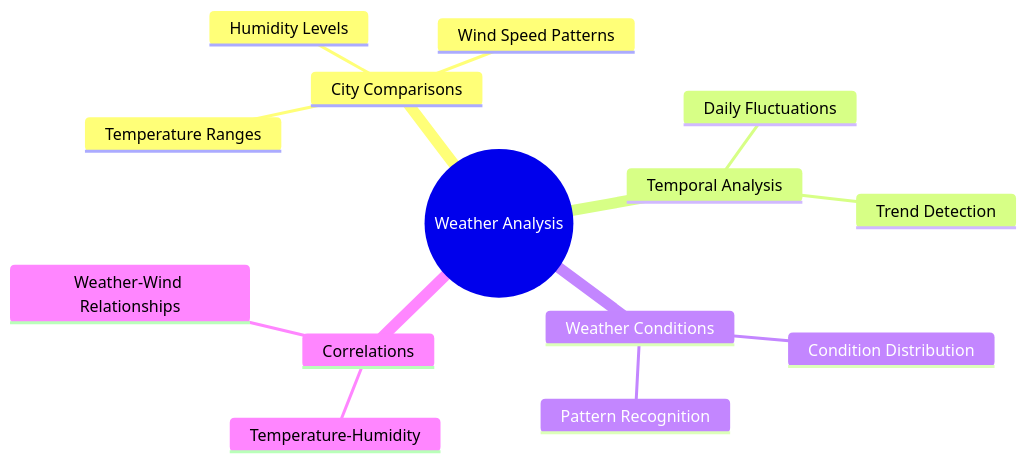
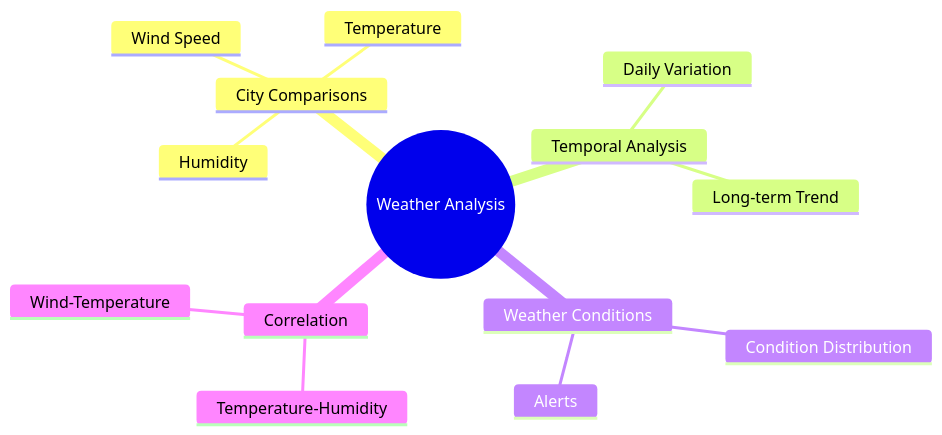
One commit to fahmizainal17/OpenWeatherMap_Data_Pipeline_Engineering_Project changed the fourth of 4 diagrams in README.md. Above: the diagram before and after it, drawn with Mermaid. The commit also changed other lines of this file, not shown here.

````diff
--- a/README.md
+++ b/README.md
@@ -316,17 +301,17 @@
 ```mermaid
 mindmap
     root((Weather Analysis))
         City Comparisons
-            Temperature Ranges
-            Humidity Levels
-            Wind Speed Patterns
+            Temperature
+            Humidity
+            Wind Speed
         Temporal Analysis
-            Daily Fluctuations
-            Trend Detection
+            Daily Variation
+            Long-term Trend
         Weather Conditions
             Condition Distribution
-            Pattern Recognition
-        Correlations
+            Alerts
+        Correlation
             Temperature-Humidity
-            Weather-Wind Relationships
+            Wind-Temperature
 ```
````
